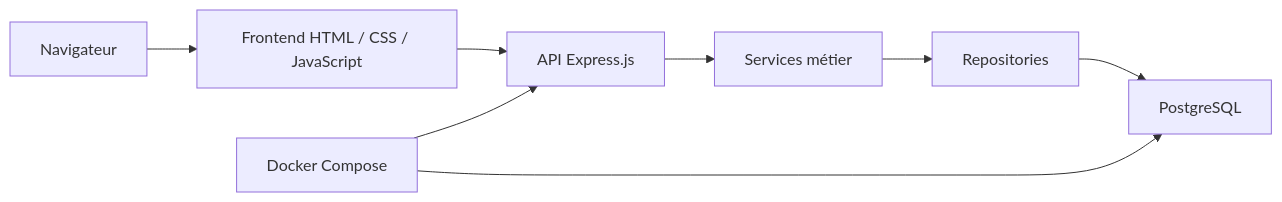
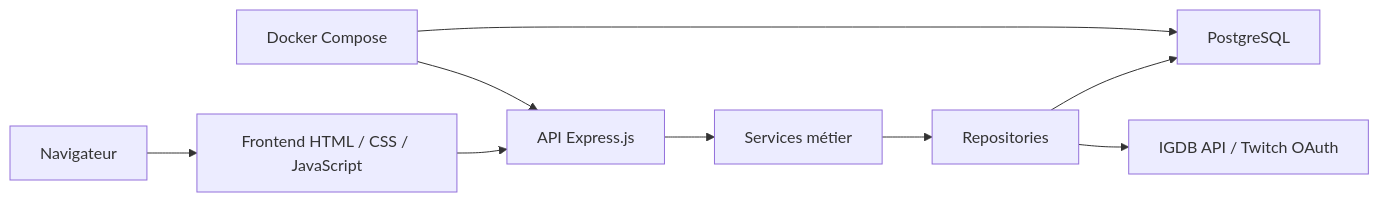
One commit to Katsu-u/GameNest changed the diagram in docs/jour-01-cadrage.md. Above: the diagram before and after it, drawn with Mermaid. The commit also changed other lines of this file and 18 other files, not shown here.

````diff
--- a/docs/jour-01-cadrage.md
+++ b/docs/jour-01-cadrage.md
@@ -165,10 +167,11 @@
 ```mermaid
 flowchart LR
     A["Navigateur"] --> B["Frontend HTML / CSS / JavaScript"]
     B --> C["API Express.js"]
     C --> D["Services métier"]
     D --> E["Repositories"]
     E --> F["PostgreSQL"]
+    E --> H["IGDB API / Twitch OAuth"]
     G["Docker Compose"] --> C
     G --> F
 ```
````
